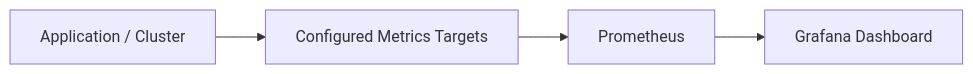
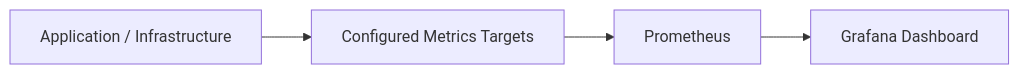
Before and after one commit to kantamnenimanusha/cloudops-360: the third of 3 diagrams in README.md, drawn with Mermaid. The commit also changed other lines of this file, not shown here.

````diff
--- a/README.md
+++ b/README.md
@@ -588,9 +425,11 @@
 ```mermaid
 flowchart LR
-    APP["Application / Cluster"]
-    TARGET["Configured Metrics Targets"]
+    APP["Application / Infrastructure"]
+    TARGETS["Configured Metrics Targets"]
     PROM["Prometheus"]
     GRAF["Grafana Dashboard"]
 
-    APP --> TARGET --> PROM --> GRAF
+    APP --> TARGETS
+    TARGETS --> PROM
+    PROM --> GRAF
 ```
````
